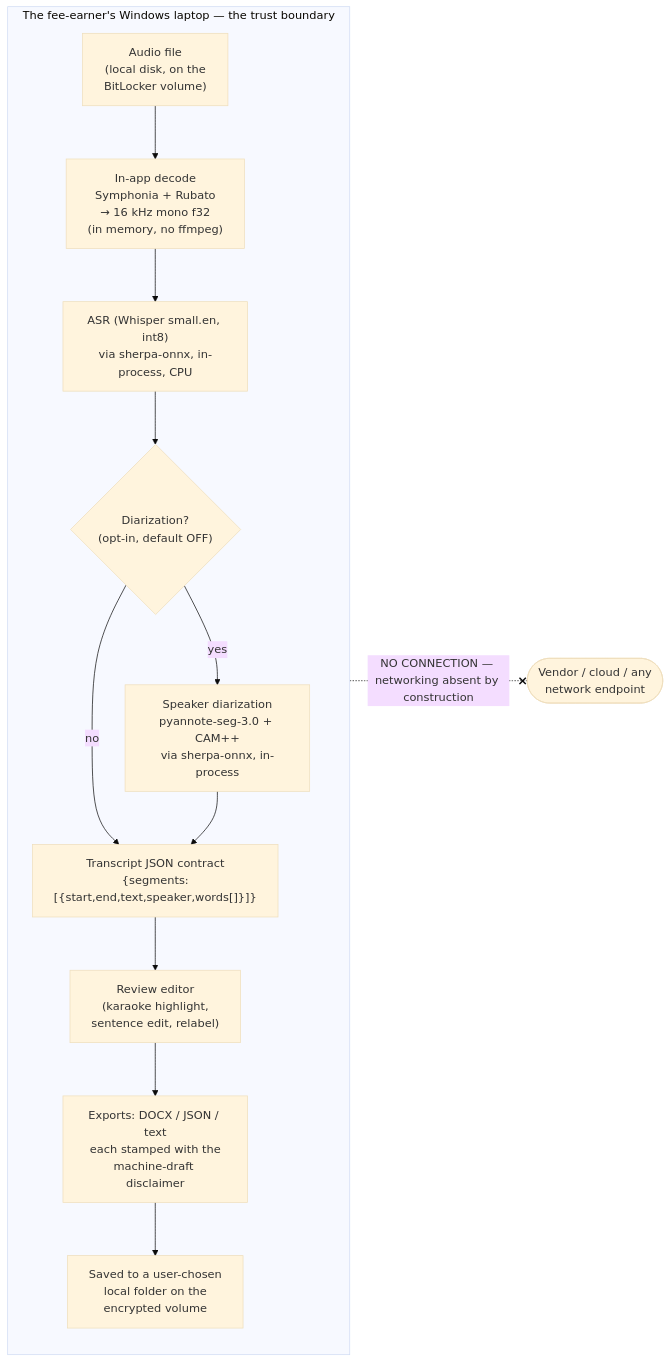
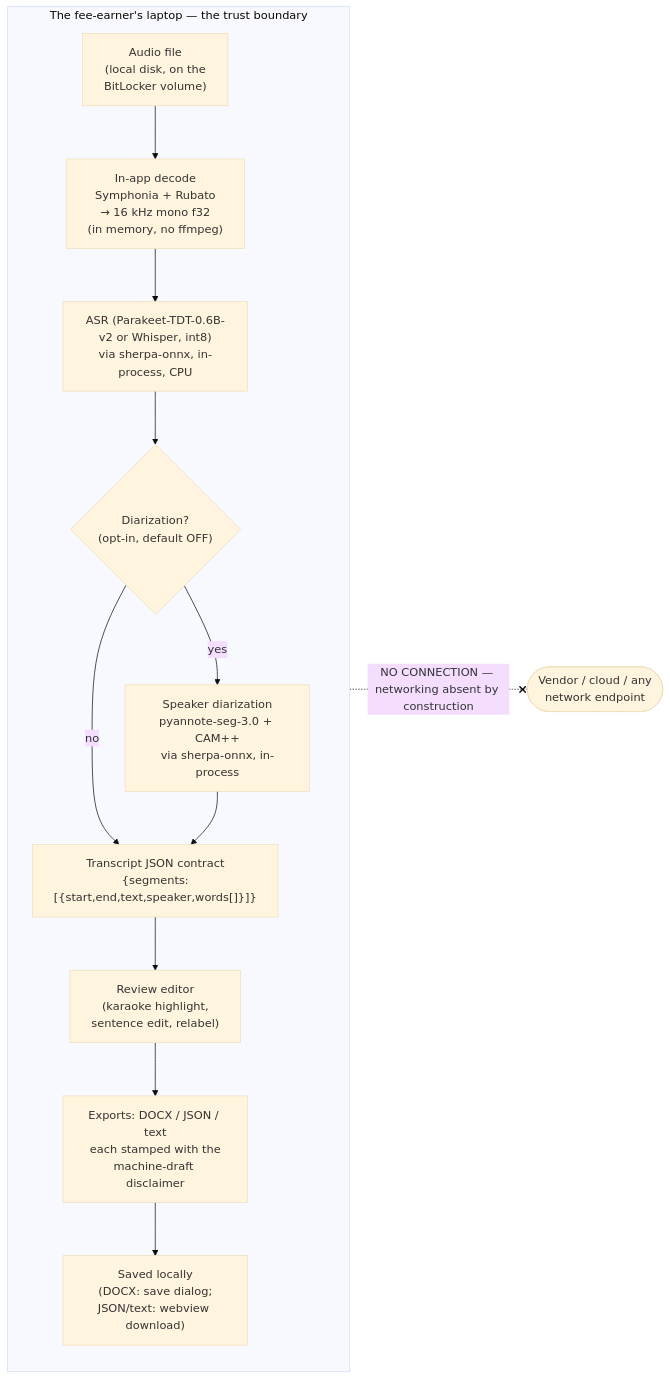
The diagram in docs/assurance/data-flow.md (KindTechUK/folio), drawn with Mermaid (base theme) before and after one commit. The commit also changed other lines of this file and 32 other files, not shown here.

````diff
--- a/docs/assurance/data-flow.md
+++ b/docs/assurance/data-flow.md
@@ -17,28 +17,28 @@
 ```mermaid
 flowchart LR
     A["Audio file<br/>(local disk, on the<br/>BitLocker volume)"]
       --> B["In-app decode<br/>Symphonia + Rubato<br/>→ 16 kHz mono f32<br/>(in memory, no ffmpeg)"]
-    B --> C["ASR (Whisper small.en, int8)<br/>via sherpa-onnx, in-process, CPU"]
+    B --> C["ASR (Parakeet-TDT-0.6B-v2 or Whisper, int8)<br/>via sherpa-onnx, in-process, CPU"]
     C --> D{"Diarization?<br/>(opt-in, default OFF)"}
     D -- "yes" --> E["Speaker diarization<br/>pyannote-seg-3.0 + CAM++<br/>via sherpa-onnx, in-process"]
     D -- "no" --> F
     E --> F["Transcript JSON contract<br/>{segments:[{start,end,text,speaker,words[]}]}"]
     F --> G["Review editor<br/>(karaoke highlight,<br/>sentence edit, relabel)"]
     G --> H["Exports: DOCX / JSON / text<br/>each stamped with the<br/>machine-draft disclaimer"]
-    H --> I["Saved to a user-chosen<br/>local folder on the<br/>encrypted volume"]
+    H --> I["Saved locally<br/>(DOCX: save dialog;<br/>JSON/text: webview download)"]
 
-    subgraph DEVICE["The fee-earner's Windows laptop — the trust boundary"]
+    subgraph DEVICE["The fee-earner's laptop — the trust boundary"]
         A
         B
         C
         D
         E
         F
         G
         H
         I
     end
 
     X(["Vendor / cloud / any<br/>network endpoint"])
     DEVICE -. "NO CONNECTION — networking absent by construction" .-x X
 ```
````
